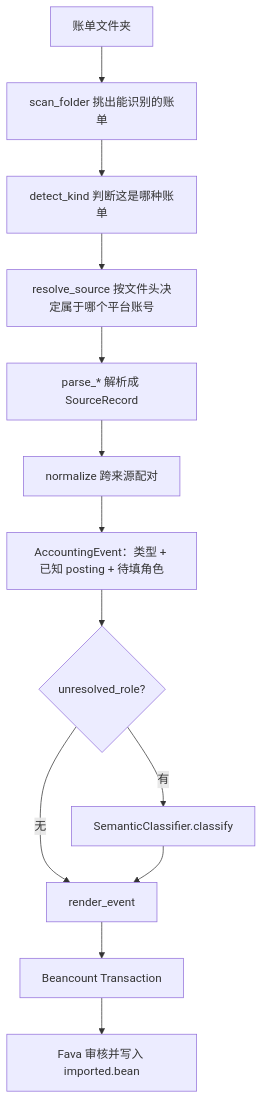
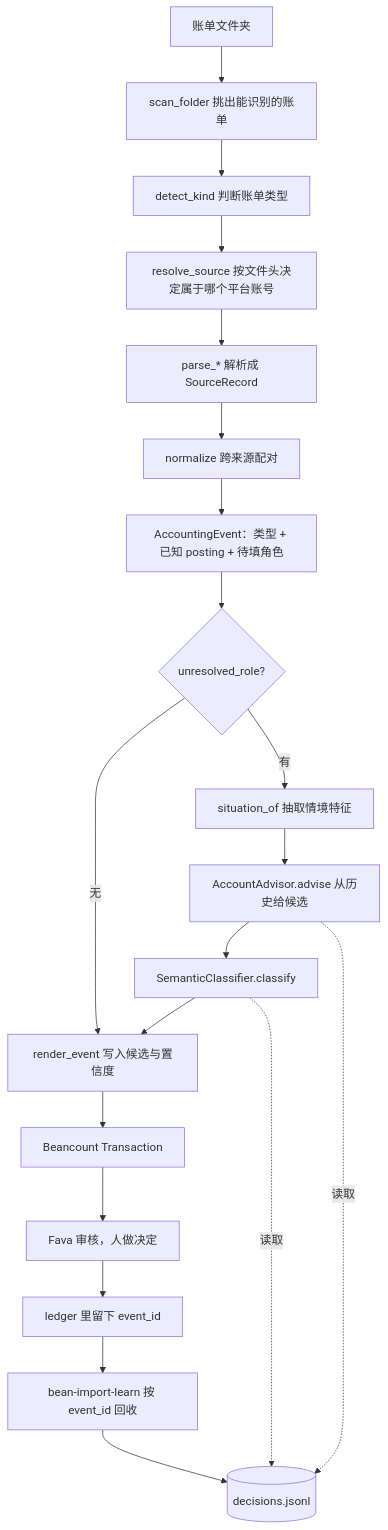
Before and after one commit to taozy1020/ledger_importer: the diagram in doc/prototype-review-guide.md, drawn with Mermaid. The commit also changed other lines of this file and 9 other files, not shown here.

````diff
--- a/doc/prototype-review-guide.md
+++ b/doc/prototype-review-guide.md
@@ -81,15 +120,22 @@
 ```mermaid
 flowchart TB
     A[账单文件夹] --> B[scan_folder 挑出能识别的账单]
-    B --> C[detect_kind 判断这是哪种账单]
+    B --> C[detect_kind 判断账单类型]
     C --> D[resolve_source 按文件头决定属于哪个平台账号]
     D --> E[parse_* 解析成 SourceRecord]
     E --> F[normalize 跨来源配对]
     F --> G[AccountingEvent：类型 + 已知 posting + 待填角色]
     G --> H{unresolved_role?}
-    H -- 无 --> J[render_event structural]
-    H -- 有 --> I[SemanticClassifier.classify]
-    I --> J[render_event]
-    J --> K[Beancount Transaction]
-    K --> L[Fava 审核并写入 imported.bean]
+    H -- 无 --> N[render_event structural]
+    H -- 有 --> I[situation_of 抽取情境特征]
+    I --> J[AccountAdvisor.advise 从历史给候选]
+    J --> K[SemanticClassifier.classify]
+    K --> N[render_event 写入候选与置信度]
+    N --> O[Beancount Transaction]
+    O --> P[Fava 审核，人做决定]
+    P --> Q[ledger 里留下 event_id]
+    Q --> R[bean-import-learn 按 event_id 回收]
+    R --> S[(decisions.jsonl)]
+    J -.读取.-> S
+    K -.读取.-> S
 ```
````
